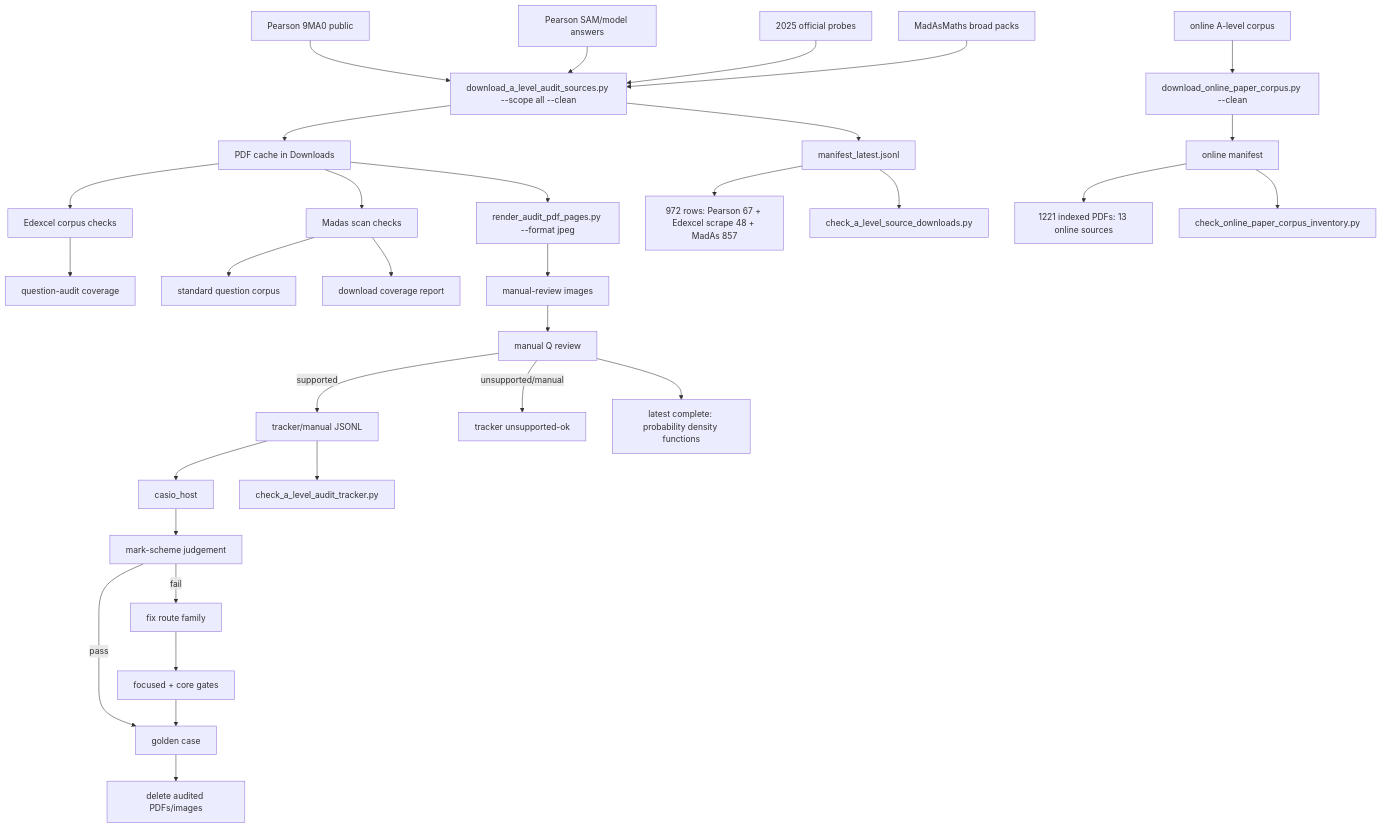
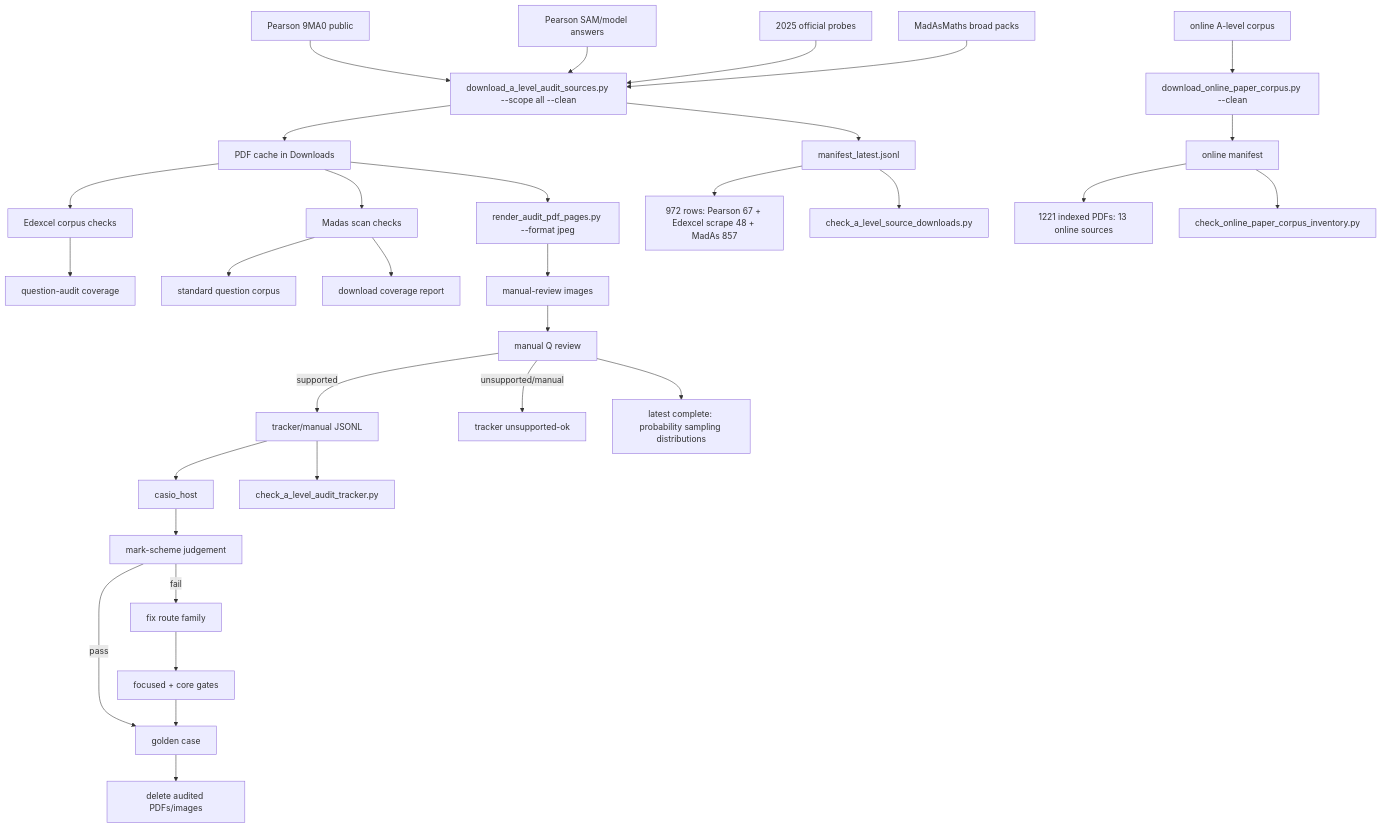
Before and after one commit to james8464/notes-addin-casio-fx-cg50: the diagram in c++/tools/golden/a_level_audit_graph.md, drawn with Mermaid. The commit also changed other lines of this file and 2 other files, not shown here.

Commit message:
Audit probability sampling distributions booklet

````diff
--- a/c++/tools/golden/a_level_audit_graph.md
+++ b/c++/tools/golden/a_level_audit_graph.md
@@ -3,34 +3,34 @@
 ```mermaid
 graph TD
   E1["Pearson 9MA0 public"] --> D["download_a_level_audit_sources.py --scope all --clean"]
   E2["Pearson SAM/model answers"] --> D
   E3["2025 official probes"] --> D
   M1["MadAsMaths broad packs"] --> D
   O1["online A-level corpus"] --> OD["download_online_paper_corpus.py --clean"]
   D --> P["PDF cache in Downloads"]
   D --> X["manifest_latest.jsonl"]
   OD --> OX["online manifest"]
   X --> XC["972 rows: Pearson 67 + Edexcel scrape 48 + MadAs 857"]
   OX --> OC["1221 indexed PDFs: 13 online sources"]
   X --> V["check_a_level_source_downloads.py"]
   OX --> OV["check_online_paper_corpus_inventory.py"]
   P --> E["Edexcel corpus checks"]
   E --> EQ["question-audit coverage"]
   P --> S["Madas scan checks"]
   S --> M["standard question corpus"]
   S --> MC["download coverage report"]
   P --> R["render_audit_pdf_pages.py --format jpeg"]
   R --> I["manual-review images"]
   I --> Q["manual Q review"]
   Q -->|supported| J["tracker/manual JSONL"]
   Q -->|unsupported/manual| U["tracker unsupported-ok"]
   J --> H["casio_host"]
   J --> K["check_a_level_audit_tracker.py"]
   H --> C["mark-scheme judgement"]
   C -->|pass| G["golden case"]
   C -->|fail| F["fix route family"]
   F --> T["focused + core gates"]
   T --> G
   G --> Z["delete audited PDFs/images"]
-  Q --> QPDF["latest complete: probability density functions"]
+  Q --> QSampling["latest complete: probability sampling distributions"]
 ```
````
